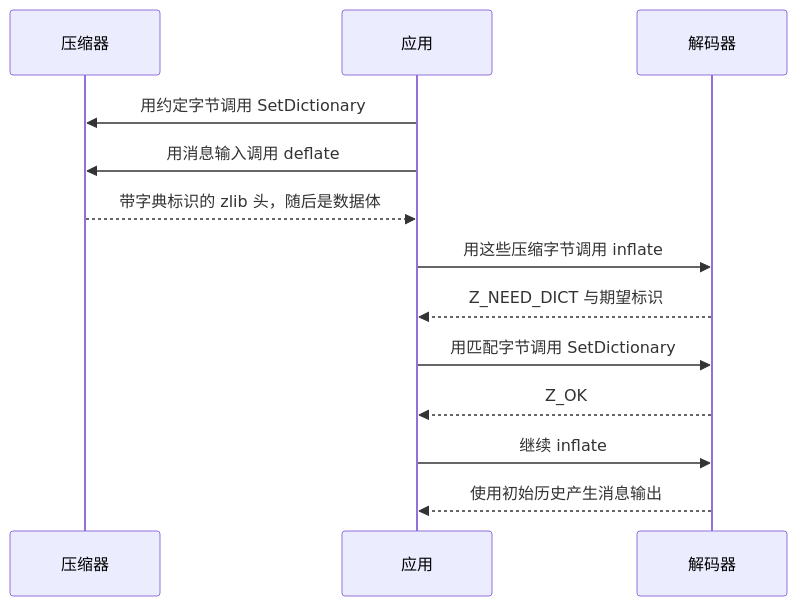
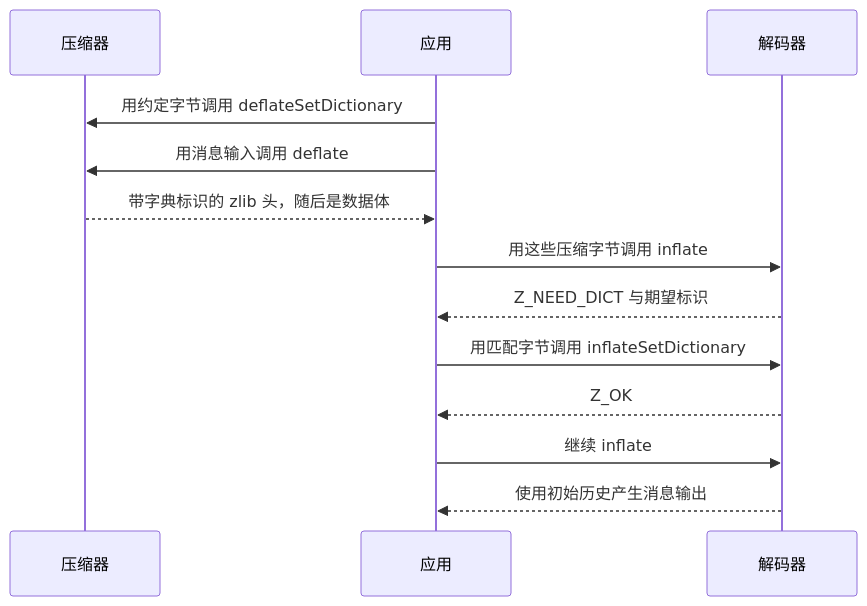
One commit to cla7aye15I4nd/zlib-f changed the second of 3 diagrams in docs/guide/state-operations.zh.md. Above: the diagram before and after it, drawn with Mermaid. The commit also changed other lines of this file and 237 other files, not shown here.

````diff
--- a/docs/guide/state-operations.zh.md
+++ b/docs/guide/state-operations.zh.md
@@ -82,15 +86,15 @@
 ```mermaid
 sequenceDiagram
     participant C as 压缩器
     participant App as 应用
     participant D as 解码器
-    App->>C: 用约定字节调用 SetDictionary
+    App->>C: 用约定字节调用 deflateSetDictionary
     App->>C: 用消息输入调用 deflate
     C-->>App: 带字典标识的 zlib 头，随后是数据体
     App->>D: 用这些压缩字节调用 inflate
     D-->>App: Z_NEED_DICT 与期望标识
-    App->>D: 用匹配字节调用 SetDictionary
+    App->>D: 用匹配字节调用 inflateSetDictionary
     D-->>App: Z_OK
     App->>D: 继续 inflate
     D-->>App: 使用初始历史产生消息输出
 ```
````
